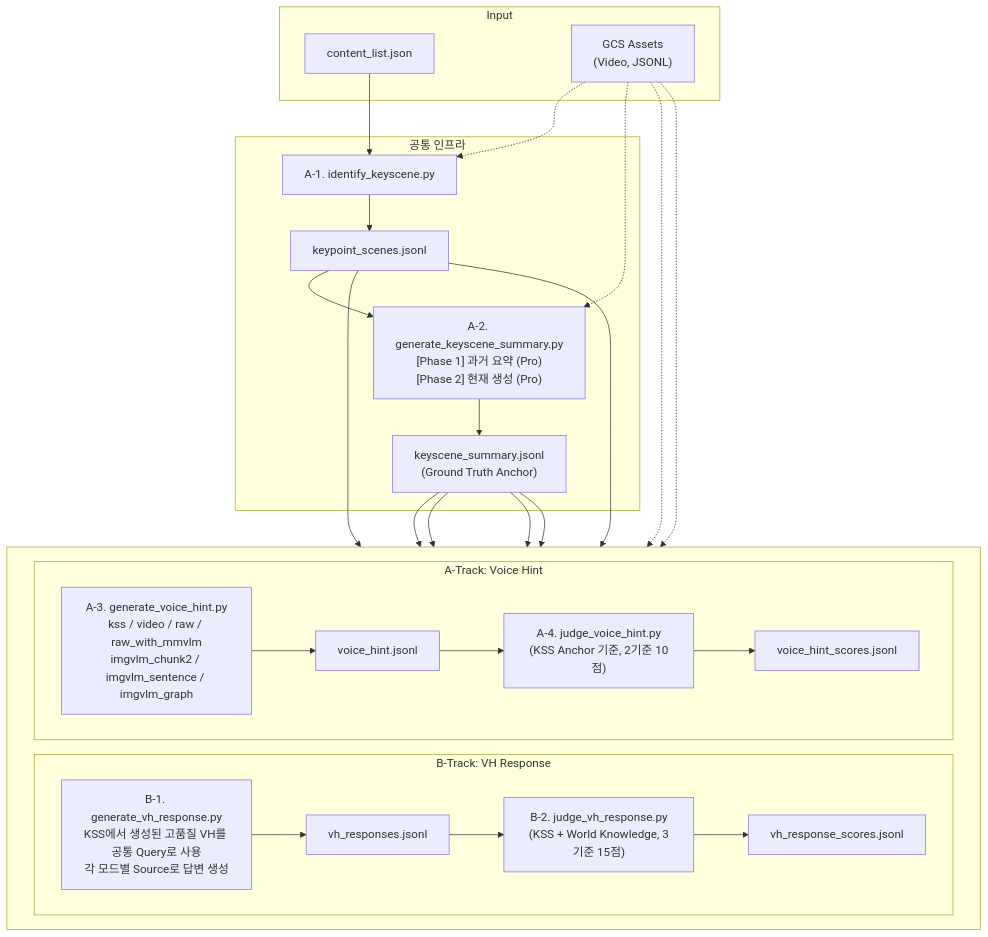
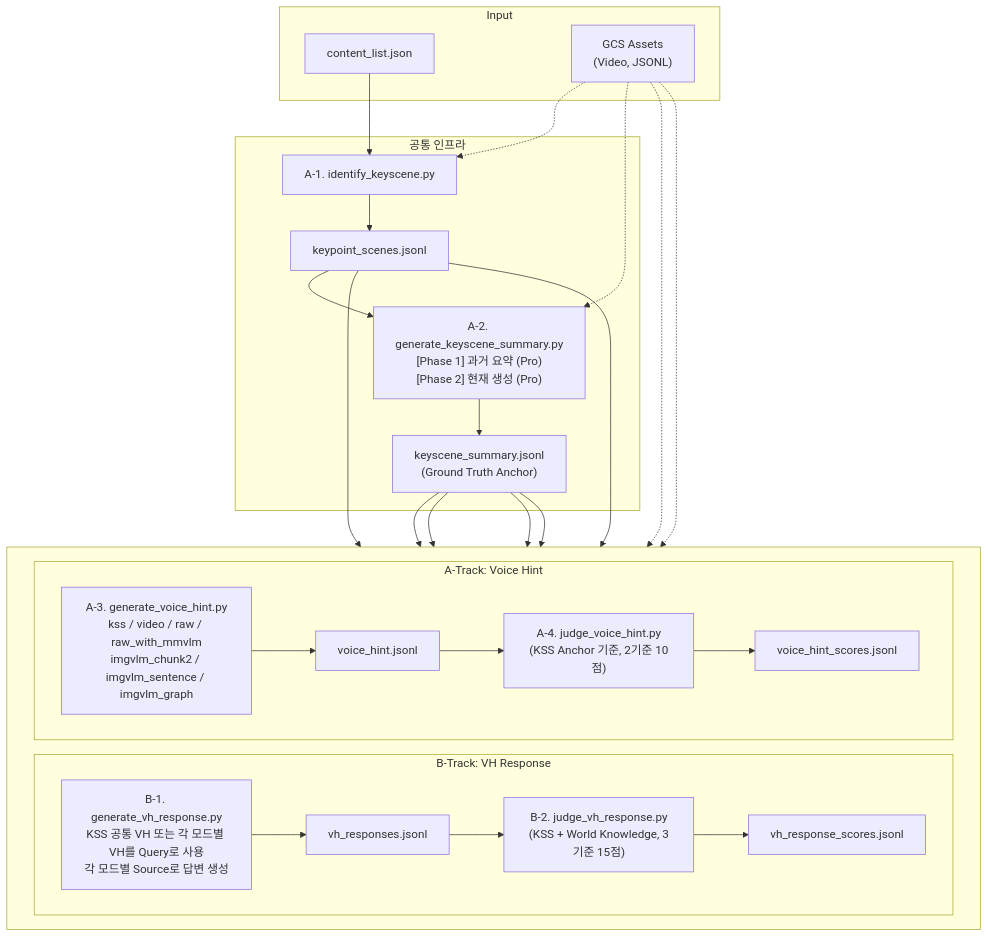
One commit to obeychoi0120/LLMJudge changed the diagram in README.md. Above: the diagram before and after it, drawn with Mermaid. The commit also changed other lines of this file and 5 other files, not shown here.

````diff
--- a/README.md
+++ b/README.md
@@ -65,53 +65,53 @@
 ```mermaid
 flowchart TD
     subgraph INPUT["Input"]
         CL["content_list.json"]
         GCS["GCS Assets\n(Video, JSONL)"]
     end
 
     subgraph INFRA["공통 인프라"]
         A1["A-1. identify_keyscene.py"]
         KP["keypoint_scenes.jsonl"]
         A2["A-2. generate_keyscene_summary.py\n[Phase 1] 과거 요약 (Pro)\n[Phase 2] 현재 생성 (Pro)"]
         KSS["keyscene_summary.jsonl\n(Ground Truth Anchor)"]
     end
 
     subgraph TRACKS[" "]
         direction LR
         subgraph BTRACK["B-Track: VH Response"]
-            B1["B-1. generate_vh_response.py\nKSS에서 생성된 고품질 VH를 공통 Query로 사용\n각 모드별 Source로 답변 생성"]
+            B1["B-1. generate_vh_response.py\nKSS 공통 VH 또는 각 모드별 VH를 Query로 사용\n각 모드별 Source로 답변 생성"]
             VHR["vh_responses.jsonl"]
             B2["B-2. judge_vh_response.py\n(KSS + World Knowledge, 3기준 15점)"]
             VHRS["vh_response_scores.jsonl"]
         end
         subgraph ATRACK["A-Track: Voice Hint"]
             A3["A-3. generate_voice_hint.py\nkss / video / raw / raw_with_mmvlm\nimgvlm_chunk2 / imgvlm_sentence / imgvlm_graph"]
             VH["voice_hint.jsonl"]
             A4["A-4. judge_voice_hint.py\n(KSS Anchor 기준, 2기준 10점)"]
             VHS["voice_hint_scores.jsonl"]
         end
     end
 
     CL --> A1
     GCS -.-> A1
     A1 --> KP
     KP --> A2
     GCS -.-> A2
     A2 --> KSS
 
     KSS --> A3
     KP --> A3
     GCS -.-> A3
     A3 --> VH
     VH --> A4
     KSS --> A4
     A4 --> VHS
 
     KSS --> B1
     KP --> B1
     GCS -.-> B1
     B1 --> VHR
     VHR --> B2
     KSS --> B2
     B2 --> VHRS
 ```
````
